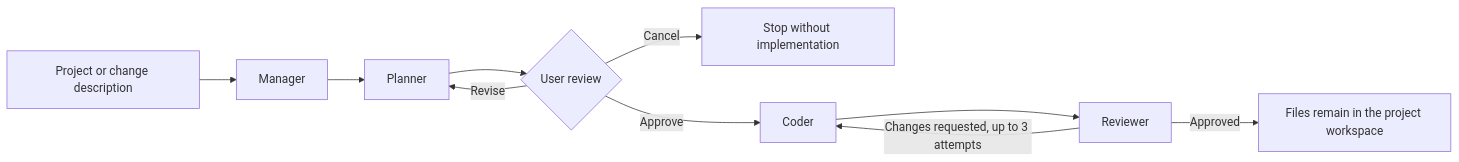
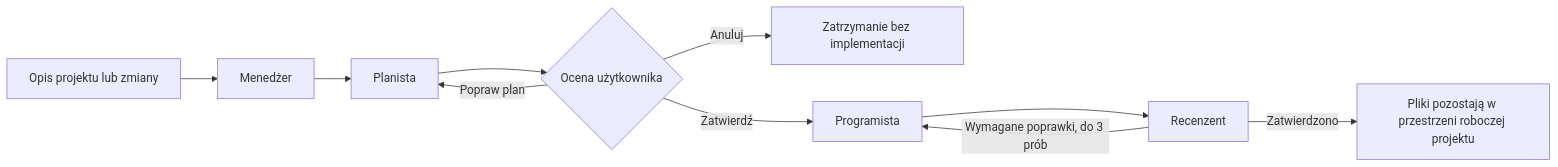
The diagram in README.md (JakubLewosz/CodeFabric), drawn with Mermaid before and after one commit. The commit also changed other lines of this file, not shown here.

````diff
--- a/README.md
+++ b/README.md
@@ -44,12 +29,12 @@
 ```mermaid
 flowchart LR
-    U["Project or change description"] --> M["Manager"]
-    M --> P["Planner"]
-    P --> A{"User review"}
-    A -->|Revise| P
-    A -->|Cancel| E["Stop without implementation"]
-    A -->|Approve| C["Coder"]
-    C --> R["Reviewer"]
-    R -->|Approved| D["Files remain in the project workspace"]
-    R -->|Changes requested, up to 3 attempts| C
+    U["Opis projektu lub zmiany"] --> M["Menedżer"]
+    M --> P["Planista"]
+    P --> A{"Ocena użytkownika"}
+    A -->|Popraw plan| P
+    A -->|Anuluj| E["Zatrzymanie bez implementacji"]
+    A -->|Zatwierdź| C["Programista"]
+    C --> R["Recenzent"]
+    R -->|Zatwierdzono| D["Pliki pozostają w przestrzeni roboczej projektu"]
+    R -->|Wymagane poprawki, do 3 prób| C
 ```
````
